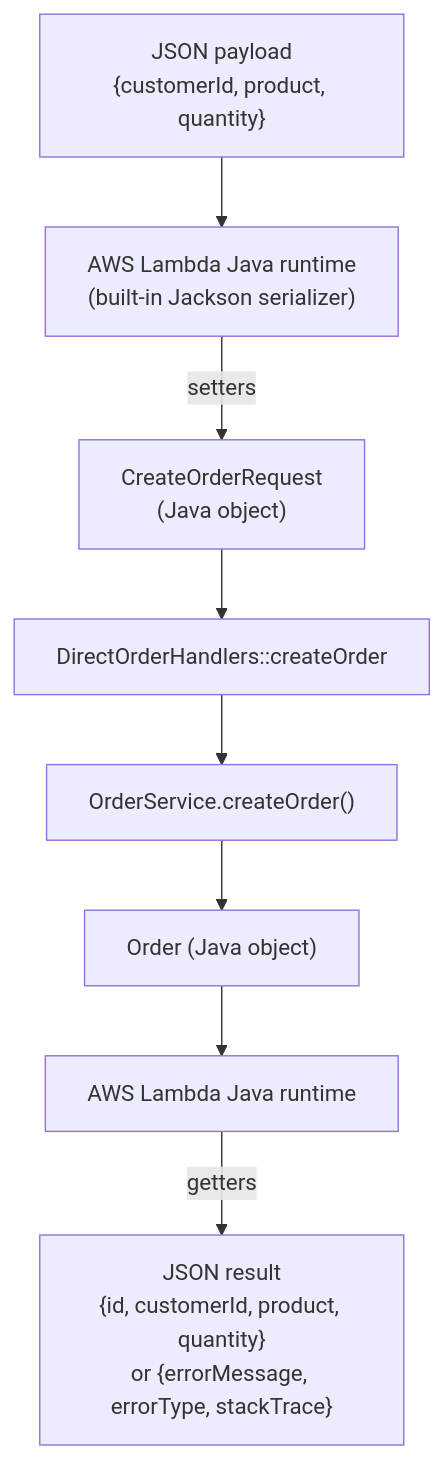
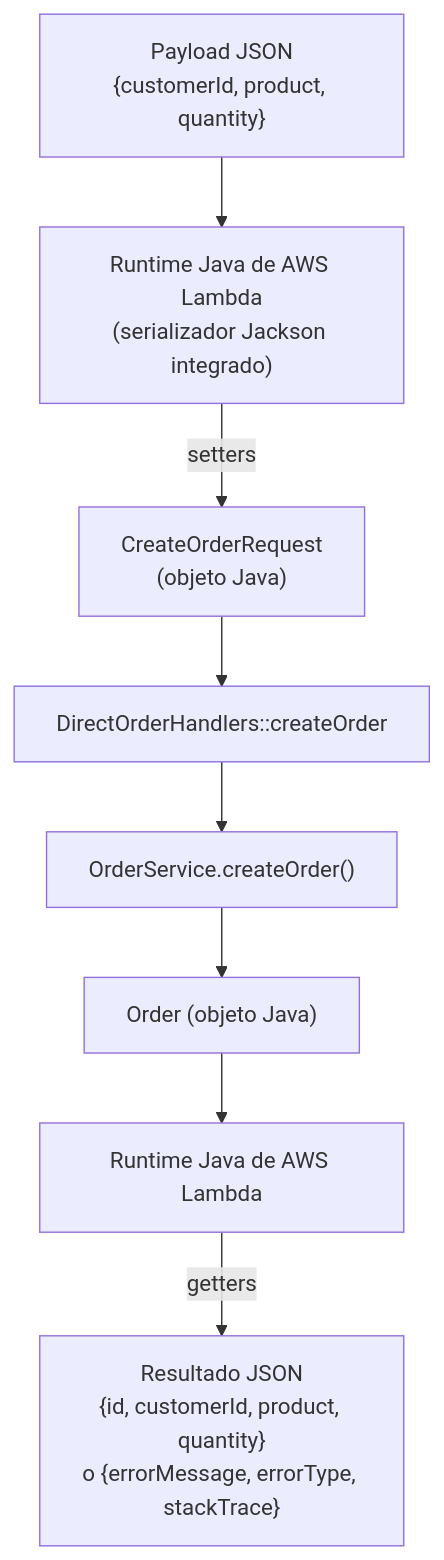
Before and after one commit to AnaFiquitiva/TDSE_Workshop-Designing-a-Serverless-REST-API-with-AWS-Lambda-and-API-Gateway: the first of 4 diagrams in README.md, drawn with Mermaid. The commit also changed other lines of this file and 20 other files, not shown here.

````diff
--- a/README.md
+++ b/README.md
@@ -247,12 +247,12 @@
 ```mermaid
 flowchart TB
-    J1["JSON payload<br/>{customerId, product, quantity}"]
-    RT1["AWS Lambda Java runtime<br/>(built-in Jackson serializer)"]
-    O1["CreateOrderRequest<br/>(Java object)"]
+    J1["Payload JSON<br/>{customerId, product, quantity}"]
+    RT1["Runtime Java de AWS Lambda<br/>(serializador Jackson integrado)"]
+    O1["CreateOrderRequest<br/>(objeto Java)"]
     H["DirectOrderHandlers::createOrder"]
     S["OrderService.createOrder()"]
-    O2["Order (Java object)"]
-    RT2["AWS Lambda Java runtime"]
-    J2["JSON result<br/>{id, customerId, product, quantity}<br/>or {errorMessage, errorType, stackTrace}"]
+    O2["Order (objeto Java)"]
+    RT2["Runtime Java de AWS Lambda"]
+    J2["Resultado JSON<br/>{id, customerId, product, quantity}<br/>o {errorMessage, errorType, stackTrace}"]
     J1 --> RT1 -->|"setters"| O1 --> H --> S --> O2 --> RT2 -->|"getters"| J2
 ```
````
